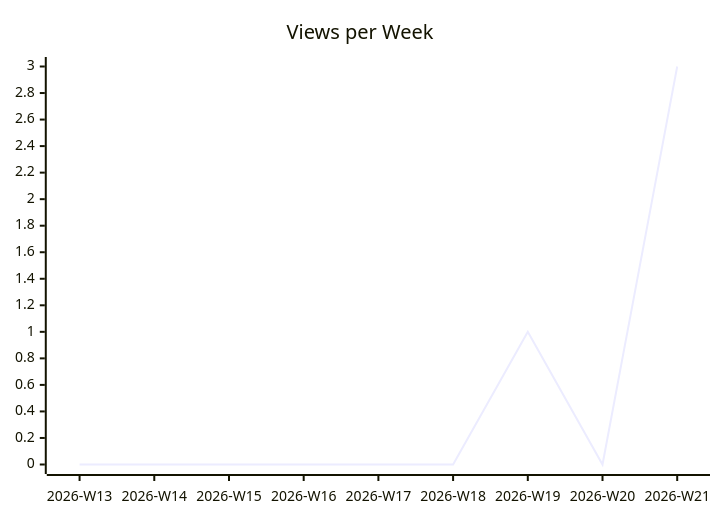
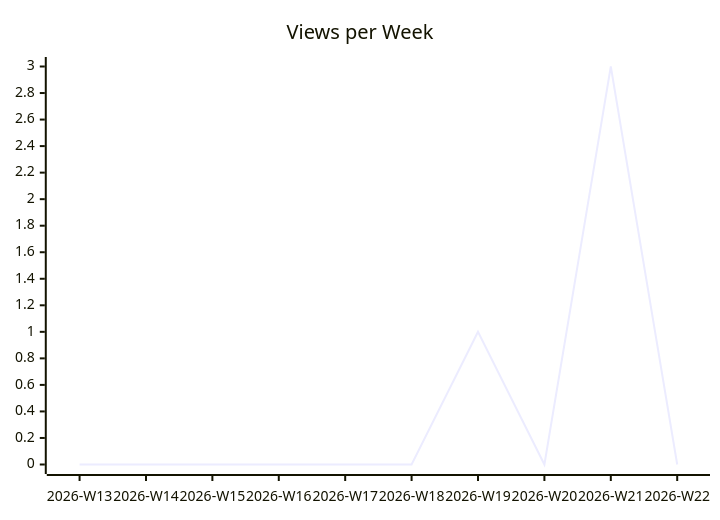
The second of 3 diagrams in karlmdavis/kobjects/README.md (justdavis-family/github-analytics-data), drawn with Mermaid before and after one commit. The commit also changed other lines of this file and 190 other files, not shown here.

````diff
--- a/karlmdavis/kobjects/README.md
+++ b/karlmdavis/kobjects/README.md
@@ -12,6 +12,6 @@
 ```mermaid
 xychart-beta
   title "Views per Week"
-  x-axis ["2026-W13", "2026-W14", "2026-W15", "2026-W16", "2026-W17", "2026-W18", "2026-W19", "2026-W20", "2026-W21"]
-  line [0, 0, 0, 0, 0, 0, 1, 0, 3]
+  x-axis ["2026-W13", "2026-W14", "2026-W15", "2026-W16", "2026-W17", "2026-W18", "2026-W19", "2026-W20", "2026-W21", "2026-W22"]
+  line [0, 0, 0, 0, 0, 0, 1, 0, 3, 0]
 ```
````
